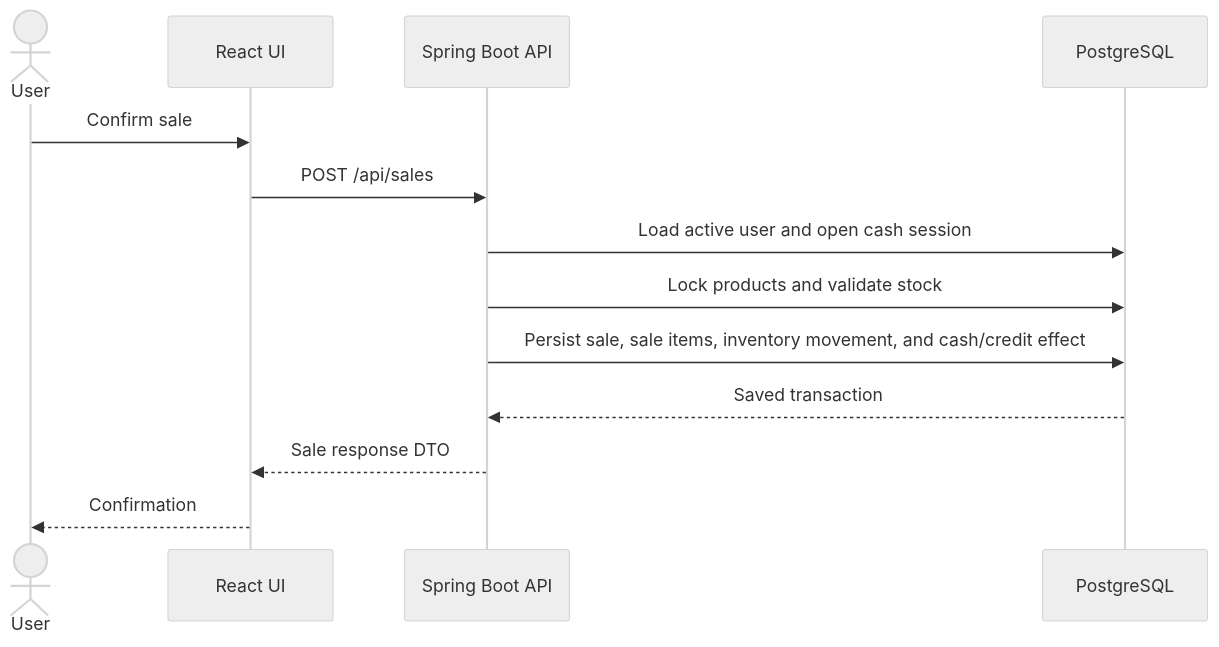
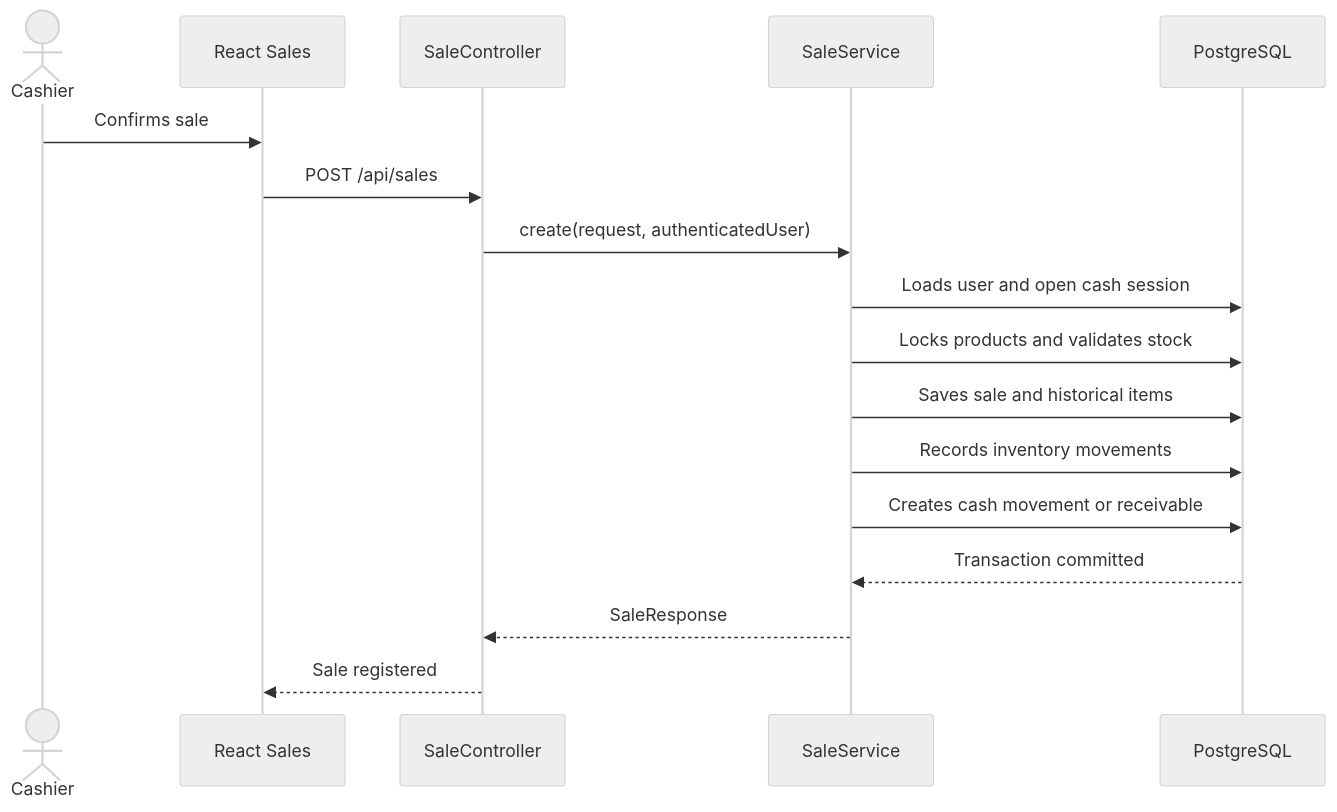
The fourth of 5 diagrams in docs/architecture.md (AngelicaGuerOl/pos-system), drawn with Mermaid (neutral theme) before and after one commit. The commit also changed other lines of this file and 19 other files, not shown here.

````diff
--- a/docs/architecture.md
+++ b/docs/architecture.md
@@ -65,16 +98,20 @@
 ```mermaid
 sequenceDiagram
-    actor User
-    participant UI as React UI
-    participant API as Spring Boot API
+    actor Cashier as Cashier
+    participant UI as React Sales
+    participant API as SaleController
+    participant Service as SaleService
     participant DB as PostgreSQL
 
-    User->>UI: Confirm sale
+    Cashier->>UI: Confirms sale
     UI->>API: POST /api/sales
-    API->>DB: Load active user and open cash session
-    API->>DB: Lock products and validate stock
-    API->>DB: Persist sale, sale items, inventory movement, and cash/credit effect
-    DB-->>API: Saved transaction
-    API-->>UI: Sale response DTO
-    UI-->>User: Confirmation
+    API->>Service: create(request, authenticatedUser)
+    Service->>DB: Loads user and open cash session
+    Service->>DB: Locks products and validates stock
+    Service->>DB: Saves sale and historical items
+    Service->>DB: Records inventory movements
+    Service->>DB: Creates cash movement or receivable
+    DB-->>Service: Transaction committed
+    Service-->>API: SaleResponse
+    API-->>UI: Sale registered
 ```
````
